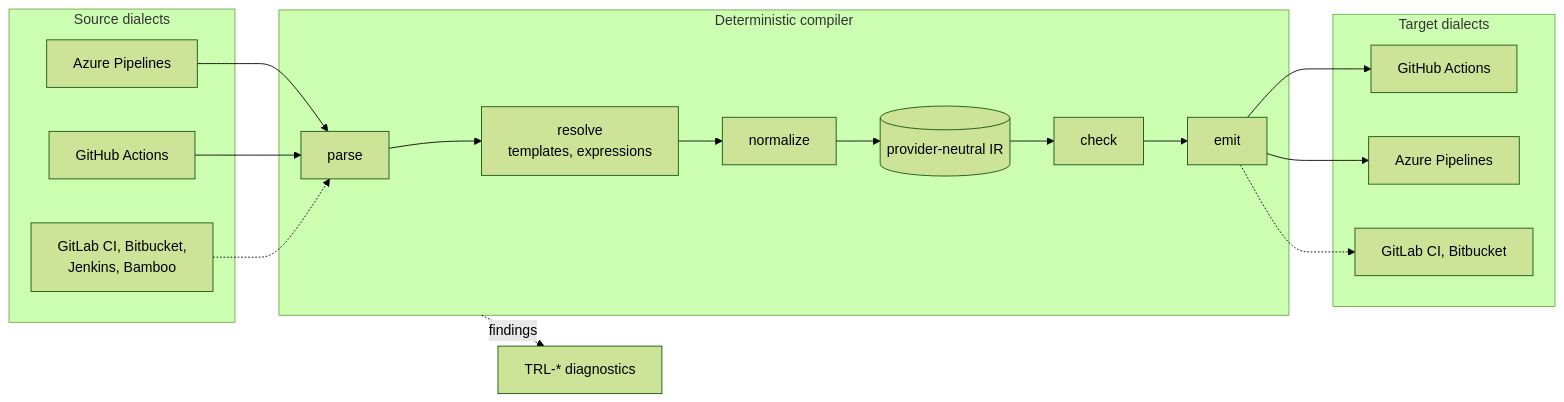
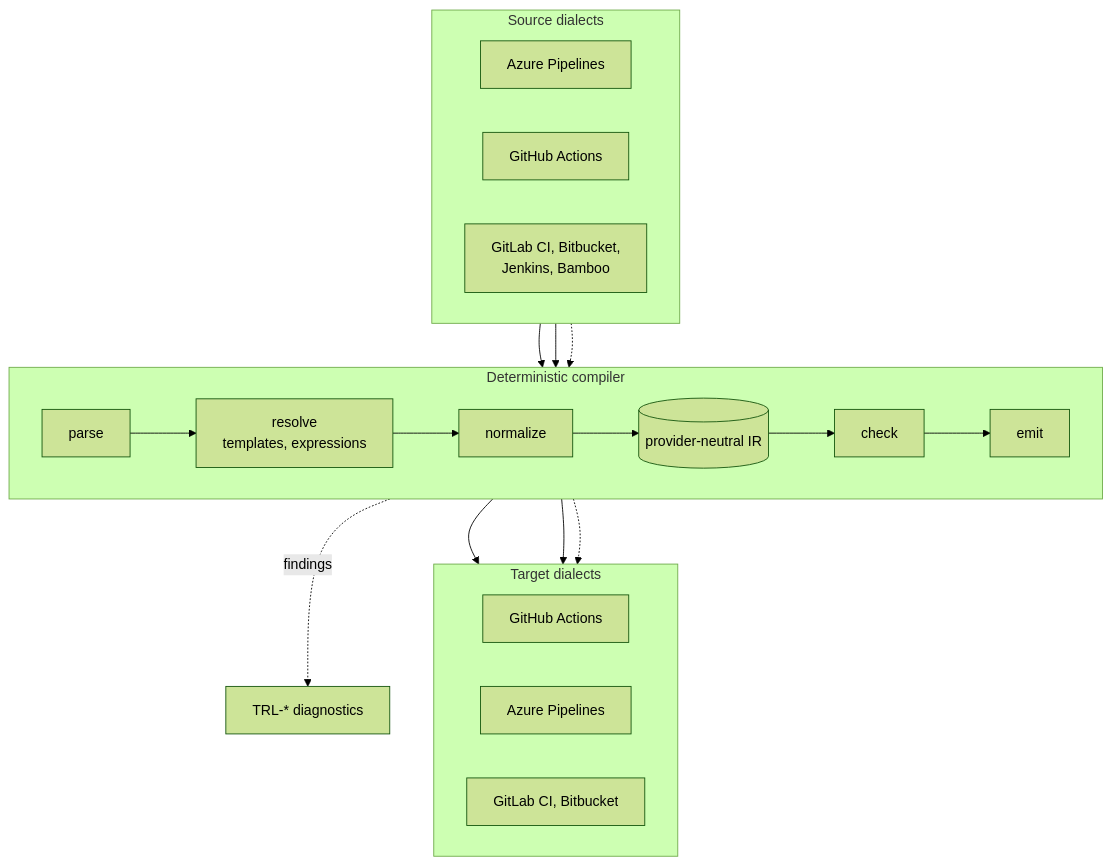
One commit to HarnageaGabriel/trasloco changed the first of 2 diagrams in README.md. Above: the diagram before and after it, drawn with Mermaid (forest theme).

Commit message:
docs(readme): vertical architecture diagram

````diff
--- a/README.md
+++ b/README.md
@@ -183,27 +183,30 @@
 ```mermaid
-flowchart LR
+flowchart TB
   subgraph sources["Source dialects"]
+    direction LR
     ado_in["Azure Pipelines"]
     gha_in["GitHub Actions"]
     more_in["GitLab CI, Bitbucket,<br/>Jenkins, Bamboo"]
   end
   subgraph compiler["Deterministic compiler"]
+    direction LR
     parse["parse"] --> resolve["resolve<br/>templates, expressions"]
     resolve --> normalize["normalize"]
     normalize --> ir[("provider-neutral IR")]
     ir --> check["check"]
     check --> emit["emit"]
   end
   subgraph targets["Target dialects"]
+    direction LR
     gha_out["GitHub Actions"]
     ado_out["Azure Pipelines"]
     more_out["GitLab CI, Bitbucket"]
   end
   ado_in --> parse
   gha_in --> parse
   more_in -.-> parse
   emit --> gha_out
   emit --> ado_out
   emit -.-> more_out
   compiler -. findings .-> diag["TRL-* diagnostics"]
 ```
````
